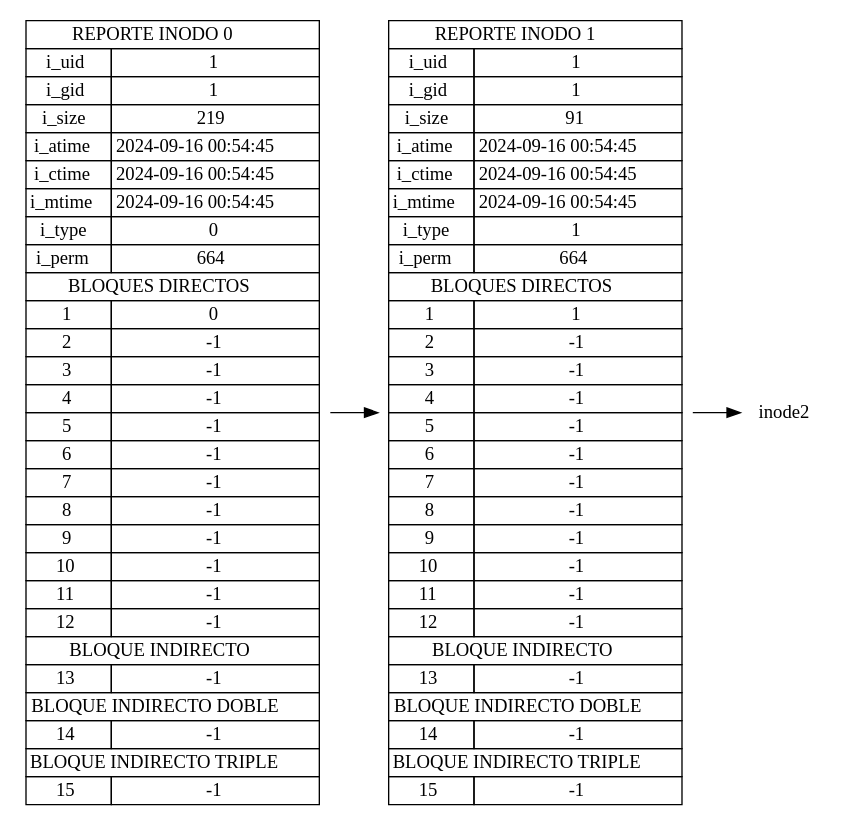
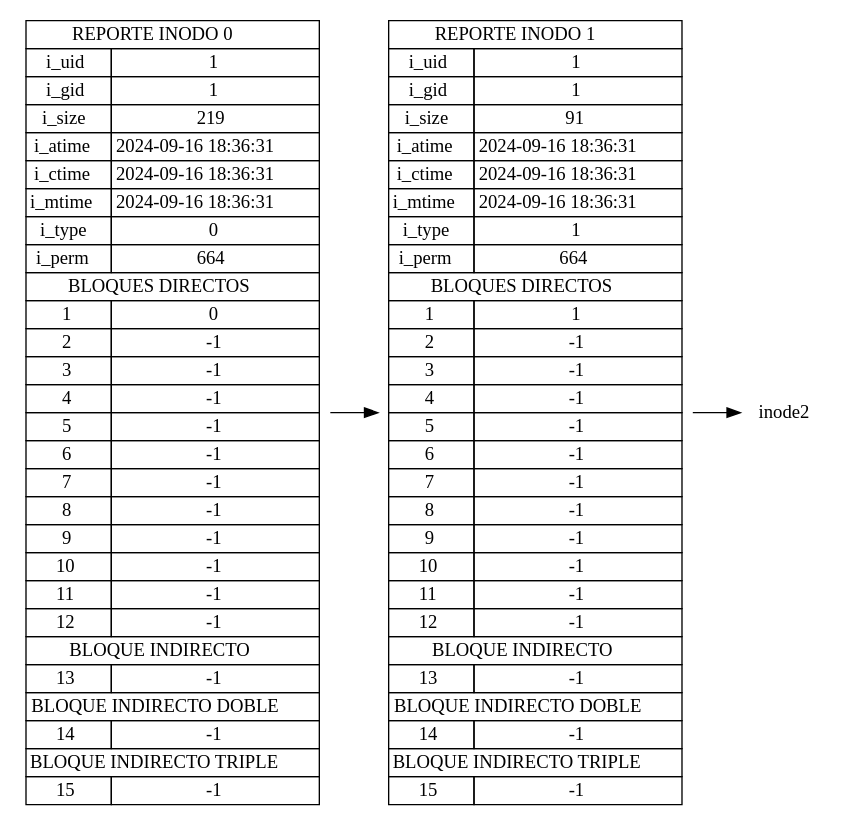
The diagram in output/reporteINODE.pdf.dot (Josue013/MIA_2S_P1_202202481), drawn with Graphviz before and after one commit. The commit also changed 25 other files, not shown here.

```diff
--- a/output/reporteINODE.pdf.dot
+++ b/output/reporteINODE.pdf.dot
@@ -1,46 +1,46 @@
 digraph G {
 			rankdir=LR;
 			node [shape=plaintext]
 	inode0 [label=<
 					<table border="0" cellborder="1" cellspacing="0">
 							<tr><td colspan="2"> REPORTE INODO 0 </td></tr>
 							<tr><td>i_uid</td><td>1</td></tr>
 							<tr><td>i_gid</td><td>1</td></tr>
 							<tr><td>i_size</td><td>219</td></tr>
-							<tr><td>i_atime</td><td>2024-09-16 00:54:45</td></tr>
-							<tr><td>i_ctime</td><td>2024-09-16 00:54:45</td></tr>
-							<tr><td>i_mtime</td><td>2024-09-16 00:54:45</td></tr>
+							<tr><td>i_atime</td><td>2024-09-16 18:36:31</td></tr>
+							<tr><td>i_ctime</td><td>2024-09-16 18:36:31</td></tr>
+							<tr><td>i_mtime</td><td>2024-09-16 18:36:31</td></tr>
 							<tr><td>i_type</td><td>0</td></tr>
 							<tr><td>i_perm</td><td>664</td></tr>
 							<tr><td colspan="2">BLOQUES DIRECTOS</td></tr>
 					<tr><td>1</td><td>0</td></tr><tr><td>2</td><td>-1</td></tr><tr><td>3</td><td>-1</td></tr><tr><td>4</td><td>-1</td></tr><tr><td>5</td><td>-1</td></tr><tr><td>6</td><td>-1</td></tr><tr><td>7</td><td>-1</td></tr><tr><td>8</td><td>-1</td></tr><tr><td>9</td><td>-1</td></tr><tr><td>10</td><td>-1</td></tr><tr><td>11</td><td>-1</td></tr><tr><td>12</td><td>-1</td></tr>
 							<tr><td colspan="2">BLOQUE INDIRECTO</td></tr>
 							<tr><td>13</td><td>-1</td></tr>
 							<tr><td colspan="2">BLOQUE INDIRECTO DOBLE</td></tr>
 							<tr><td>14</td><td>-1</td></tr>
 							<tr><td colspan="2">BLOQUE INDIRECTO TRIPLE</td></tr>
 							<tr><td>15</td><td>-1</td></tr>
 					</table>>];
 			inode0 -> inode1;
 inode1 [label=<
 					<table border="0" cellborder="1" cellspacing="0">
 							<tr><td colspan="2"> REPORTE INODO 1 </td></tr>
 							<tr><td>i_uid</td><td>1</td></tr>
 							<tr><td>i_gid</td><td>1</td></tr>
 							<tr><td>i_size</td><td>91</td></tr>
-							<tr><td>i_atime</td><td>2024-09-16 00:54:45</td></tr>
-							<tr><td>i_ctime</td><td>2024-09-16 00:54:45</td></tr>
-							<tr><td>i_mtime</td><td>2024-09-16 00:54:45</td></tr>
+							<tr><td>i_atime</td><td>2024-09-16 18:36:31</td></tr>
+							<tr><td>i_ctime</td><td>2024-09-16 18:36:31</td></tr>
+							<tr><td>i_mtime</td><td>2024-09-16 18:36:31</td></tr>
 							<tr><td>i_type</td><td>1</td></tr>
 							<tr><td>i_perm</td><td>664</td></tr>
 							<tr><td colspan="2">BLOQUES DIRECTOS</td></tr>
 					<tr><td>1</td><td>1</td></tr><tr><td>2</td><td>-1</td></tr><tr><td>3</td><td>-1</td></tr><tr><td>4</td><td>-1</td></tr><tr><td>5</td><td>-1</td></tr><tr><td>6</td><td>-1</td></tr><tr><td>7</td><td>-1</td></tr><tr><td>8</td><td>-1</td></tr><tr><td>9</td><td>-1</td></tr><tr><td>10</td><td>-1</td></tr><tr><td>11</td><td>-1</td></tr><tr><td>12</td><td>-1</td></tr>
 							<tr><td colspan="2">BLOQUE INDIRECTO</td></tr>
 							<tr><td>13</td><td>-1</td></tr>
 							<tr><td colspan="2">BLOQUE INDIRECTO DOBLE</td></tr>
 							<tr><td>14</td><td>-1</td></tr>
 							<tr><td colspan="2">BLOQUE INDIRECTO TRIPLE</td></tr>
 							<tr><td>15</td><td>-1</td></tr>
 					</table>>];
 			inode1 -> inode2;
 }
```
